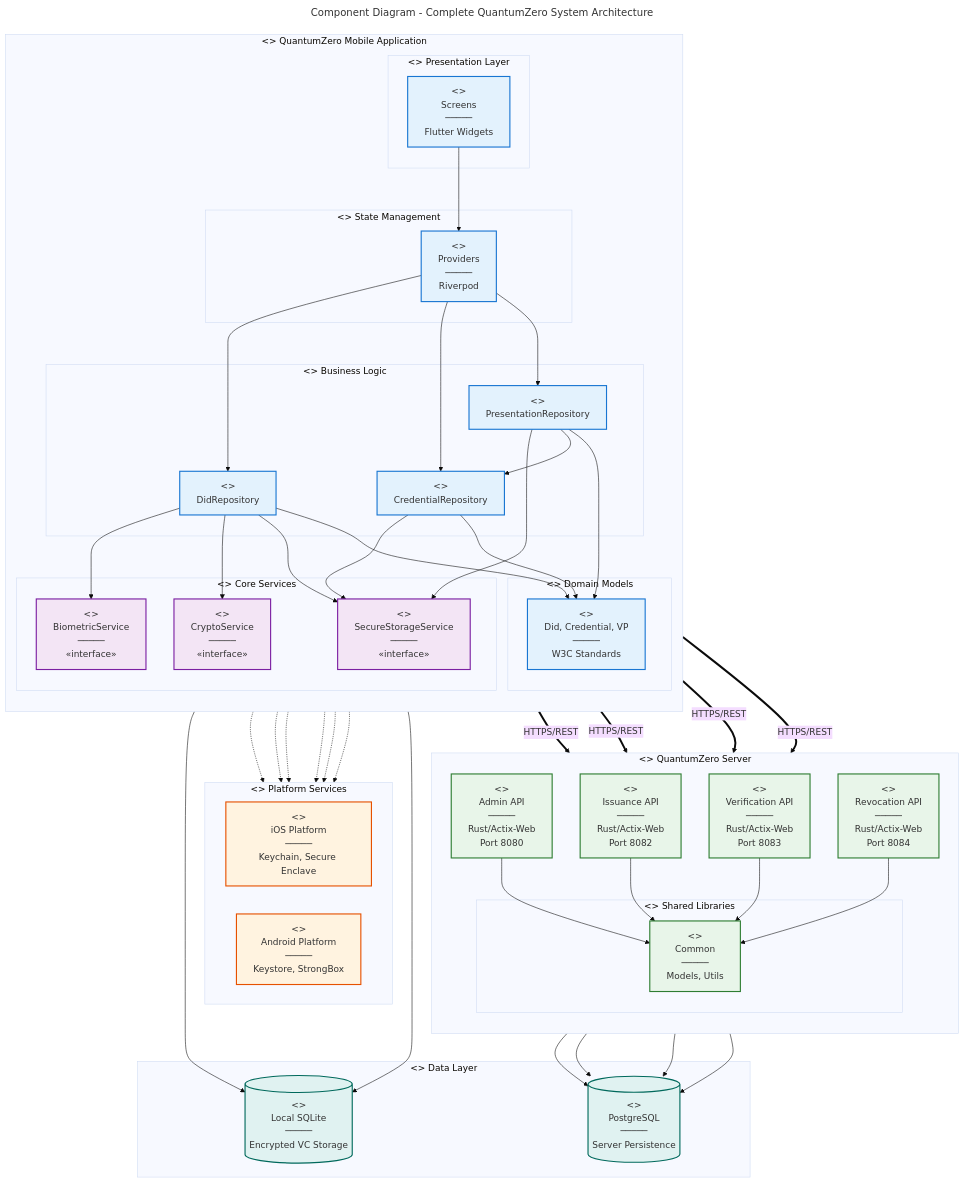
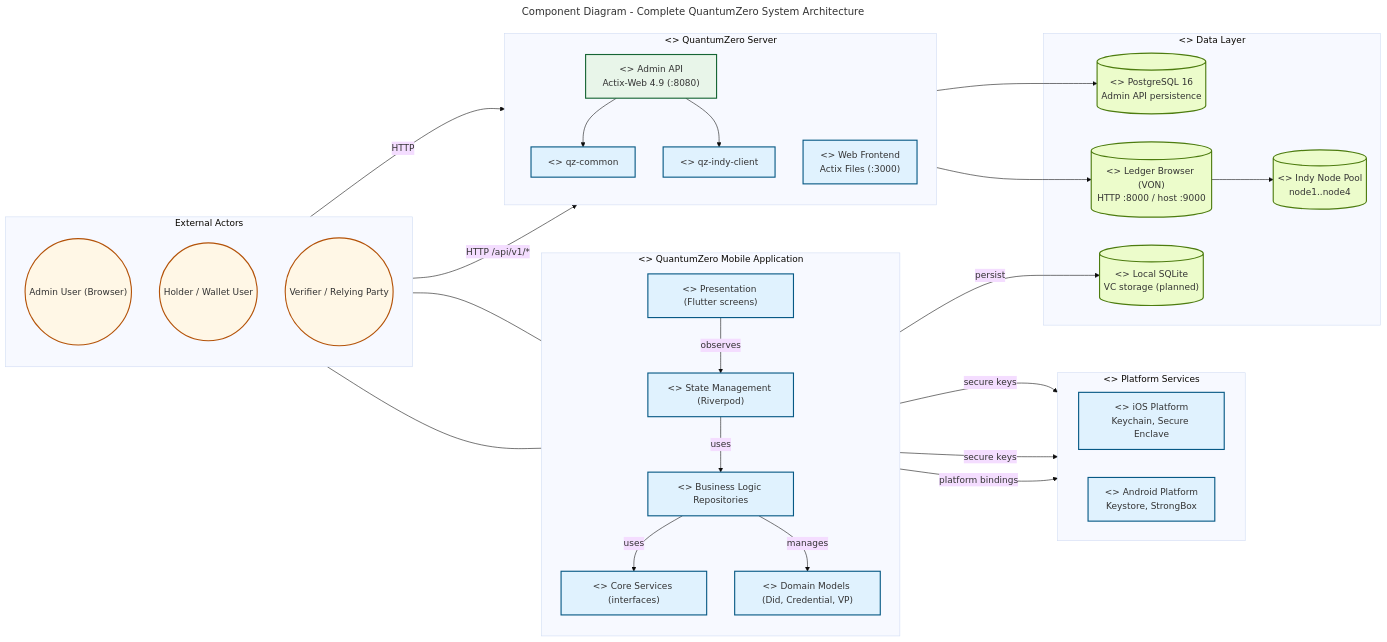
The diagram in diagrams/component-system-complete.mmd (CHATEAUFORGE-LLC/QuantumZero), drawn with Mermaid before and after one commit. The commit also changed 63 other files, not shown here.

Commit message:
expansion of diagrams, and further refinement

```diff
--- a/diagrams/component-system-complete.mmd
+++ b/diagrams/component-system-complete.mmd
@@ -1,117 +1,79 @@
 ---
 title: Component Diagram - Complete QuantumZero System Architecture
 config:
   theme: base
 ---
-graph TB
+%% QuantumZero UML palette note: actors/external=#fff7e6/#b45309, system/component=#e0f2fe/#075985, datastore=#ecfccb/#4d7c0f, notes=#fff9c4/#d97706. Aligns diagrams to Deliverable 1 UML/DFD theme.
+flowchart LR
+    %% QuantumZero UML palette (standardized)
+    classDef actor fill:#fff7e6,stroke:#b45309,stroke-width:2px
+    classDef system fill:#eef2ff,stroke:#4338ca,stroke-width:2px
+    classDef component fill:#e0f2fe,stroke:#075985,stroke-width:2px
+    classDef service fill:#e8f5e9,stroke:#166534,stroke-width:2px
+    classDef datastore fill:#ecfccb,stroke:#4d7c0f,stroke-width:2px
+
     %% Mobile Application Components
-    subgraph MobileApp["<<component>> QuantumZero Mobile Application"]
+    subgraph MobileApp["<<system>> QuantumZero Mobile Application"]
         direction TB
-        
-        subgraph UILayer["<<component>> Presentation Layer"]
-            Screens["<<component>><br/>Screens<br/>─────<br/>Flutter Widgets"]
-        end
-        
-        subgraph StateLayer["<<component>> State Management"]
-            Providers["<<component>><br/>Providers<br/>─────<br/>Riverpod"]
-        end
-        
-        subgraph BusinessLayer["<<component>> Business Logic"]
-            DidRepo["<<component>><br/>DidRepository"]
-            CredRepo["<<component>><br/>CredentialRepository"]
-            VPRepo["<<component>><br/>PresentationRepository"]
-        end
-        
-        subgraph ServicesLayer["<<component>> Core Services"]
-            BiometricSvc["<<component>><br/>BiometricService<br/>─────<br/>«interface»"]
-            CryptoSvc["<<component>><br/>CryptoService<br/>─────<br/>«interface»"]
-            StorageSvc["<<component>><br/>SecureStorageService<br/>─────<br/>«interface»"]
-        end
-        
-        subgraph ModelsLayer["<<component>> Domain Models"]
-            Models["<<component>><br/>Did, Credential, VP<br/>─────<br/>W3C Standards"]
-        end
+        UILayer["<<component>> Presentation (Flutter screens)"]:::component
+        StateLayer["<<component>> State Management (Riverpod)"]:::component
+        BusinessLayer["<<component>> Business Logic Repositories"]:::component
+        ServicesLayer["<<component>> Core Services (interfaces)"]:::component
+        ModelsLayer["<<component>> Domain Models (Did, Credential, VP)"]:::component
     end
-    
+
     %% Platform Components
-    subgraph Platform["<<component>> Platform Services"]
+    subgraph Platform["<<system>> Platform Services"]
         direction LR
-        iOS["<<component>><br/>iOS Platform<br/>─────<br/>Keychain, Secure Enclave"]
-        Android["<<component>><br/>Android Platform<br/>─────<br/>Keystore, StrongBox"]
+        iOS["<<component>> iOS Platform<br/>Keychain, Secure Enclave"]:::component
+        Android["<<component>> Android Platform<br/>Keystore, StrongBox"]:::component
     end
-    
+
     %% Server Components
-    subgraph ServerApp["<<component>> QuantumZero Server"]
+    subgraph ServerApp["<<system>> QuantumZero Server"]
         direction TB
-        
-        AdminAPI["<<component>><br/>Admin API<br/>─────<br/>Rust/Actix-Web<br/>Port 8080"]
-        IssuanceAPI["<<component>><br/>Issuance API<br/>─────<br/>Rust/Actix-Web<br/>Port 8082"]
-        VerificationAPI["<<component>><br/>Verification API<br/>─────<br/>Rust/Actix-Web<br/>Port 8083"]
-        RevocationAPI["<<component>><br/>Revocation API<br/>─────<br/>Rust/Actix-Web<br/>Port 8084"]
-        
-        subgraph SharedLibs["<<component>> Shared Libraries"]
-            Common["<<component>><br/>Common<br/>─────<br/>Models, Utils"]
-        end
+        AdminAPI["<<component>> Admin API<br/>Actix-Web 4.9 (:8080)"]:::service
+        WebFrontend["<<component>> Web Frontend<br/>Actix Files (:3000)"]:::component
+        Common["<<component>> qz-common"]:::component
+        IndyClient["<<component>> qz-indy-client"]:::component
     end
-    
+
     %% Data Storage
-    subgraph DataLayer["<<component>> Data Layer"]
-        LocalDB[("<<database>><br/>Local SQLite<br/>─────<br/>Encrypted VC Storage")]
-        PostgreSQL[("<<database>><br/>PostgreSQL<br/>─────<br/>Server Persistence")]
+    subgraph DataLayer["<<system>> Data Layer"]
+        LocalDB[("<<database>> Local SQLite<br/>VC storage (planned)")]:::datastore
+        PostgreSQL[("<<database>> PostgreSQL 16<br/>Admin API persistence")]:::datastore
+        LedgerBrowser[("<<component>> Ledger Browser (VON)<br/>HTTP :8000 / host :9000")]:::datastore
+        IndyPool[("<<component>> Indy Node Pool<br/>node1..node4")]:::datastore
     end
-    
+
+    %% External
+    subgraph External["External Actors"]
+        direction TB
+        AdminUser(("Admin User (Browser)")):::actor
+        Holder(("Holder / Wallet User")):::actor
+        Verifier(("Verifier / Relying Party")):::actor
+    end
+
     %% Component Dependencies
-    Screens --> Providers
-    Providers --> DidRepo
-    Providers --> CredRepo
-    Providers --> VPRepo
-    
-    DidRepo --> BiometricSvc
-    DidRepo --> CryptoSvc
-    DidRepo --> StorageSvc
-    DidRepo --> Models
-    
-    CredRepo --> StorageSvc
-    CredRepo --> Models
-    
-    VPRepo --> StorageSvc
-    VPRepo --> CredRepo
-    VPRepo --> Models
-    
-    BiometricSvc -.-> iOS
-    BiometricSvc -.-> Android
-    CryptoSvc -.-> iOS
-    CryptoSvc -.-> Android
-    StorageSvc -.-> iOS
-    StorageSvc -.-> Android
-    
-    DidRepo --> LocalDB
-    CredRepo --> LocalDB
-    
-    Screens ==>|HTTPS/REST| AdminAPI
-    Screens ==>|HTTPS/REST| IssuanceAPI
-    Screens ==>|HTTPS/REST| VerificationAPI
-    Screens ==>|HTTPS/REST| RevocationAPI
-    
+    UILayer -->|observes| StateLayer
+    StateLayer -->|uses| BusinessLayer
+    BusinessLayer -->|uses| ServicesLayer
+    BusinessLayer -->|manages| ModelsLayer
+    ServicesLayer -->|platform bindings| Platform
+
+    ServicesLayer -->|secure keys| iOS
+    ServicesLayer -->|secure keys| Android
+    BusinessLayer -->|persist| LocalDB
+
+    AdminUser -->|HTTP| WebFrontend
+    AdminUser -->|HTTP /api/v1/*| AdminAPI
+
     AdminAPI --> Common
-    IssuanceAPI --> Common
-    VerificationAPI --> Common
-    RevocationAPI --> Common
-    
+    AdminAPI --> IndyClient
+
     AdminAPI --> PostgreSQL
-    IssuanceAPI --> PostgreSQL
-    VerificationAPI --> PostgreSQL
-    RevocationAPI --> PostgreSQL
-    
-    %% UML Component Styling
-    classDef mobileComp fill:#e3f2fd,stroke:#1976d2,stroke-width:2px
-    classDef platformComp fill:#fff3e0,stroke:#e65100,stroke-width:2px
-    classDef serverComp fill:#e8f5e9,stroke:#2e7d32,stroke-width:2px
-    classDef dataComp fill:#e0f2f1,stroke:#00695c,stroke-width:2px
-    classDef interface fill:#f3e5f5,stroke:#7b1fa2,stroke-width:2px
-    
-    class Screens,Providers,DidRepo,CredRepo,VPRepo,Models mobileComp
-    class BiometricSvc,CryptoSvc,StorageSvc interface
-    class iOS,Android platformComp
-    class AdminAPI,IssuanceAPI,VerificationAPI,RevocationAPI,Common serverComp
-    class LocalDB,PostgreSQL dataComp
+    IndyClient --> LedgerBrowser
+    LedgerBrowser --> IndyPool
+
+    Holder --- UILayer
+    Verifier --- UILayer
```
